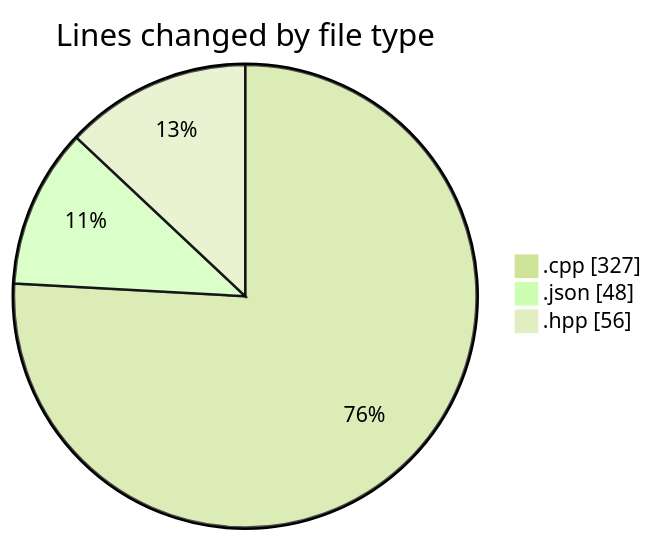
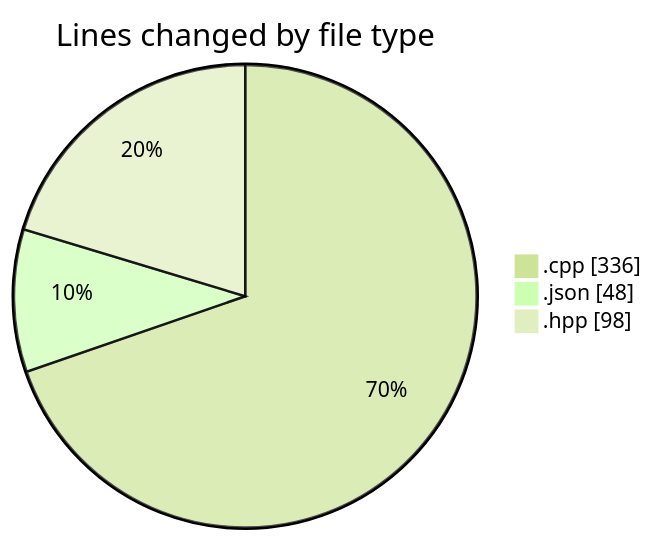
One commit to Netris89/code-tracking changed the first of 2 diagrams in 2025-04-28/date/README.md. Above: the diagram before and after it, drawn with Mermaid (forest theme). The commit also changed other lines of this file and 1 other file, not shown here.

````diff
--- a/2025-04-28/date/README.md
+++ b/2025-04-28/date/README.md
@@ -22,7 +22,7 @@
 ```mermaid
 pie showData
 title Lines changed by file type
-".cpp" : 327
+".cpp" : 336
 ".json" : 48
-".hpp" : 56
+".hpp" : 98
 ```
````
